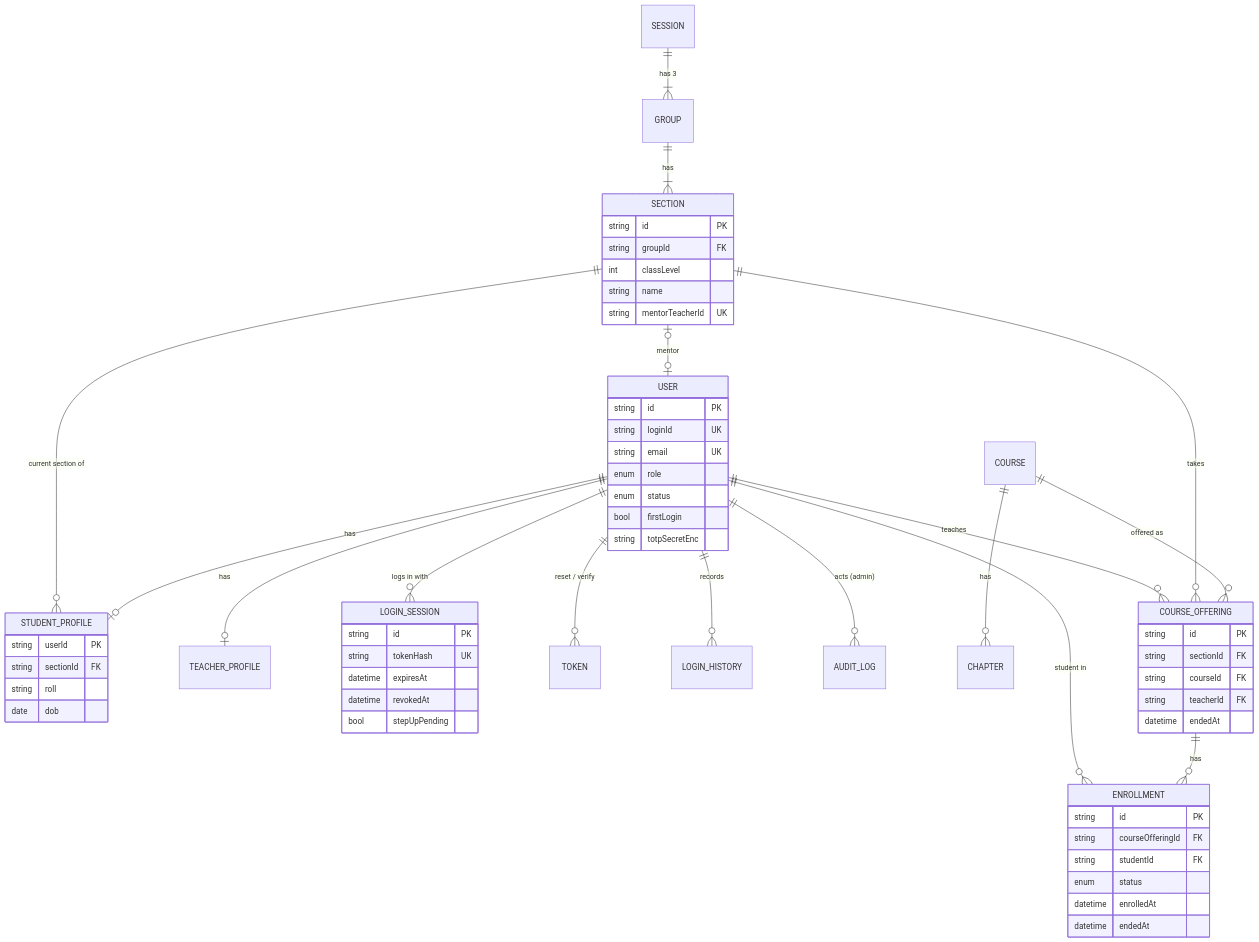
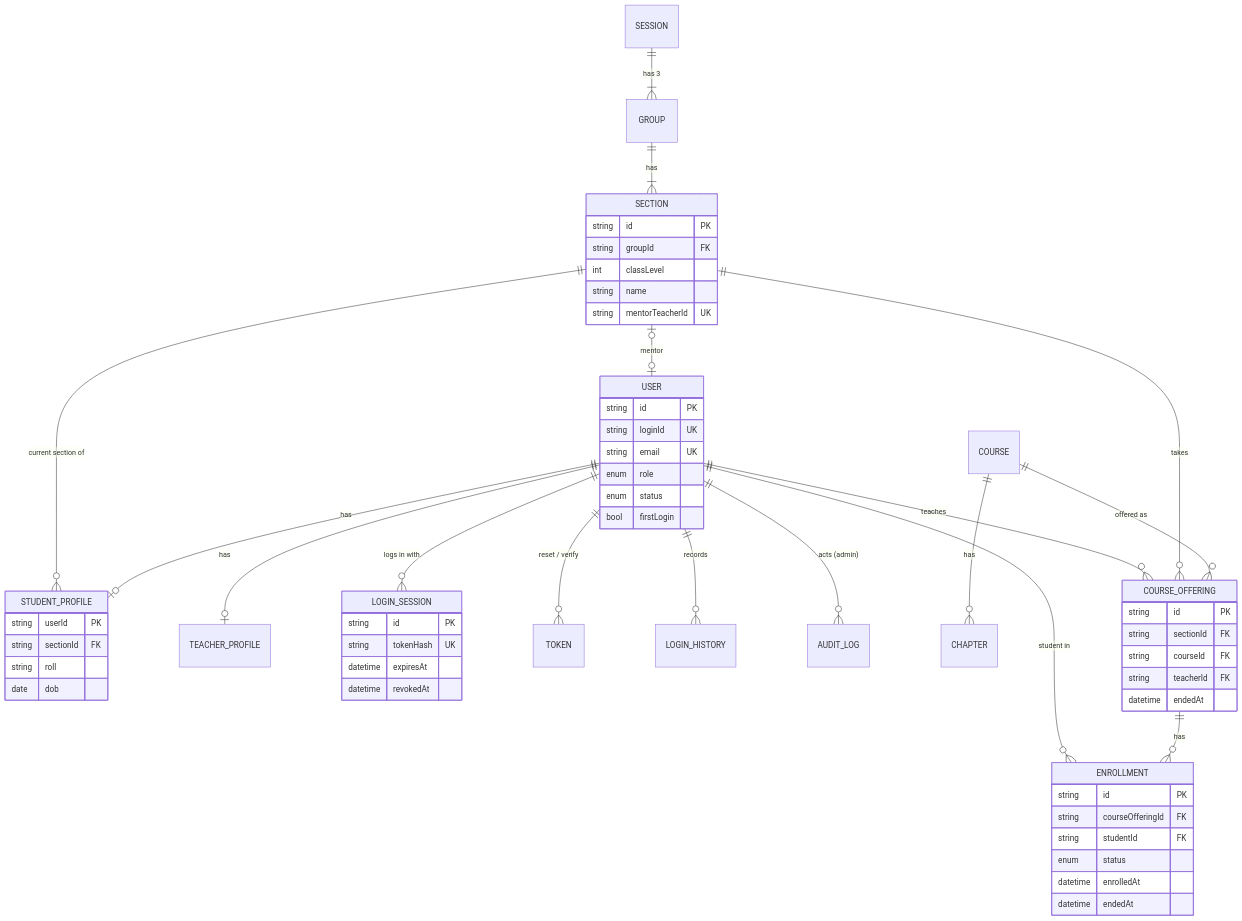
One commit to chinmoy567/College-Management changed the ninth of 41 diagrams in docs/architecture.md. Above: the diagram before and after it, drawn with Mermaid. The commit also changed other lines of this file and 7 other files, not shown here.

Commit message:
docs: remove Admin TOTP from implementation plans, architecture diagrams (request pipeline, login sequence, session states, security, entity fields) and tech stack (otplib row)

````diff
--- a/docs/architecture.md
+++ b/docs/architecture.md
@@ -400,64 +398,62 @@
 ```mermaid
 erDiagram
     USER ||--o| STUDENT_PROFILE : "has"
     USER ||--o| TEACHER_PROFILE : "has"
     USER ||--o{ LOGIN_SESSION : "logs in with"
     USER ||--o{ TOKEN : "reset / verify"
     USER ||--o{ LOGIN_HISTORY : "records"
     USER ||--o{ AUDIT_LOG : "acts (admin)"
     SESSION ||--|{ GROUP : "has 3"
     GROUP ||--|{ SECTION : "has"
     SECTION |o--o| USER : "mentor"
     SECTION ||--o{ STUDENT_PROFILE : "current section of"
     COURSE ||--o{ CHAPTER : "has"
     COURSE ||--o{ COURSE_OFFERING : "offered as"
     SECTION ||--o{ COURSE_OFFERING : "takes"
     USER ||--o{ COURSE_OFFERING : "teaches"
     COURSE_OFFERING ||--o{ ENROLLMENT : "has"
     USER ||--o{ ENROLLMENT : "student in"
 
     USER {
         string id PK
         string loginId UK
         string email UK
         enum role
         enum status
         bool firstLogin
-        string totpSecretEnc
     }
     STUDENT_PROFILE {
         string userId PK
         string sectionId FK
         string roll
         date dob
     }
     SECTION {
         string id PK
         string groupId FK
         int classLevel
         string name
         string mentorTeacherId UK
     }
     COURSE_OFFERING {
         string id PK
         string sectionId FK
         string courseId FK
         string teacherId FK
         datetime endedAt
     }
     ENROLLMENT {
         string id PK
         string courseOfferingId FK
         string studentId FK
         enum status
         datetime enrolledAt
         datetime endedAt
     }
     LOGIN_SESSION {
         string id PK
         string tokenHash UK
         datetime expiresAt
         datetime revokedAt
-        bool stepUpPending
     }
 ```
````
